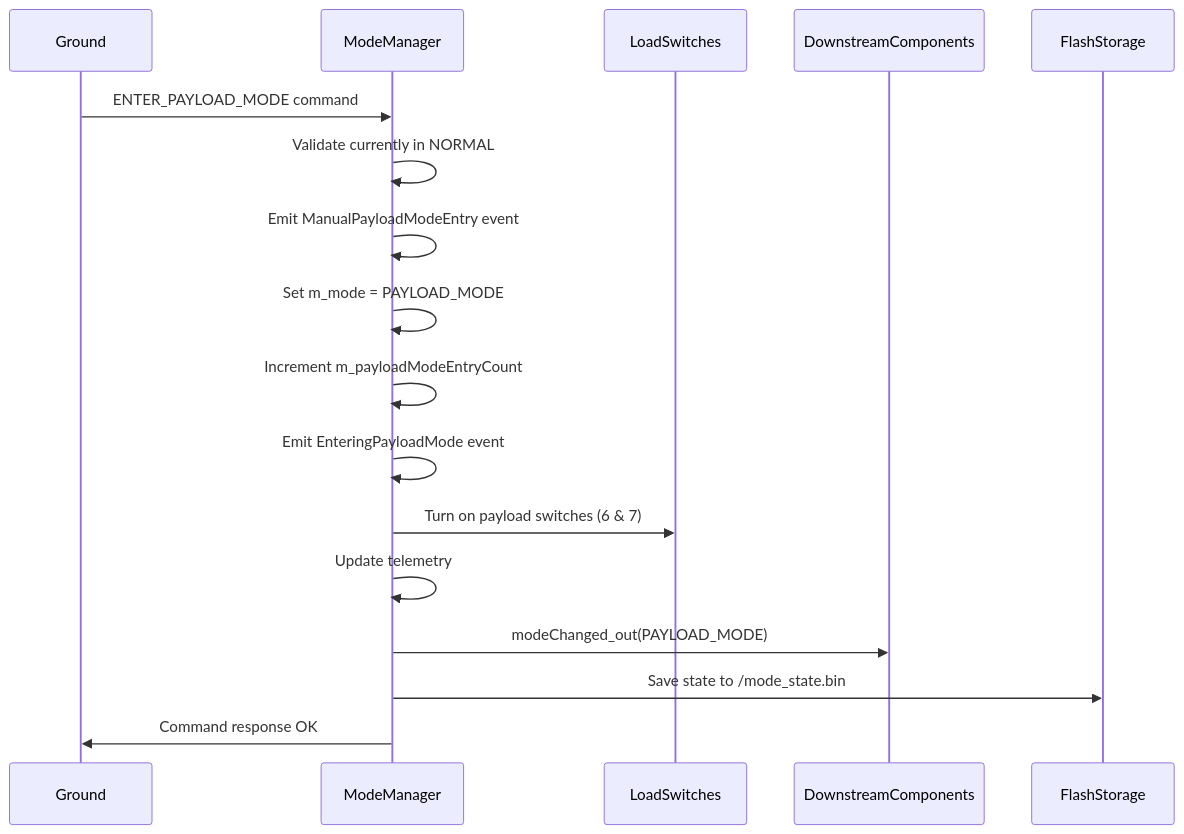
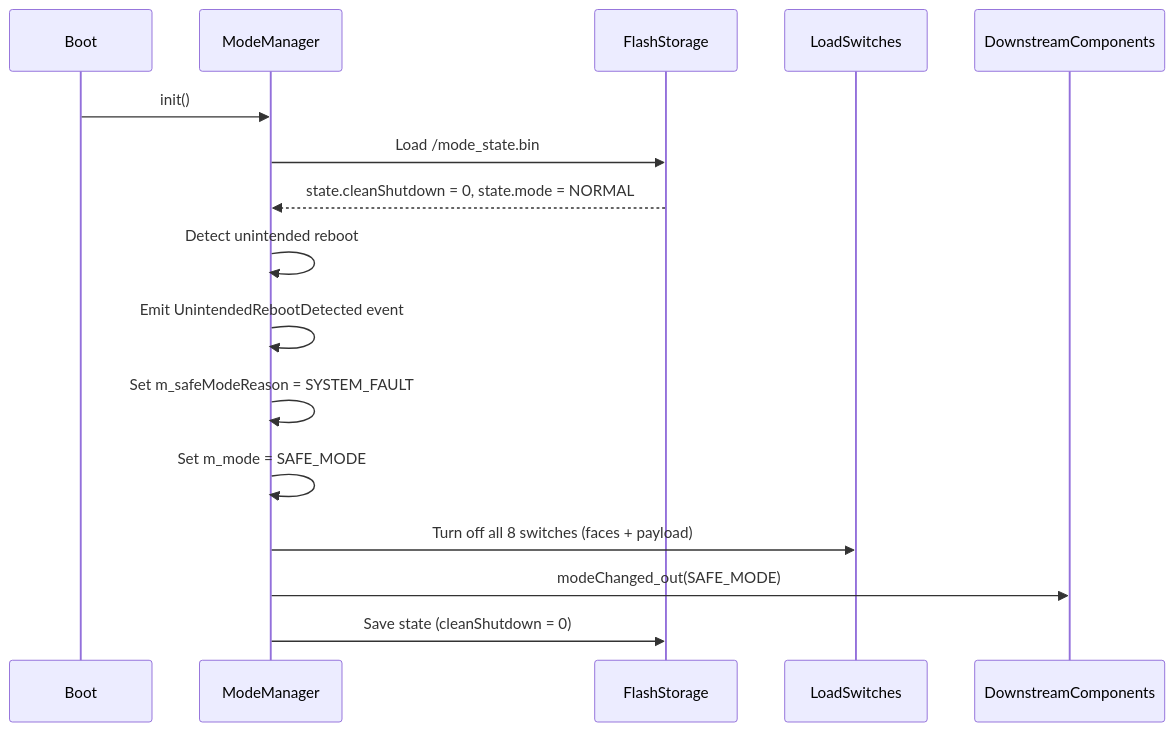
The fifth of 7 diagrams in FprimeZephyrReference/Components/ModeManager/docs/sdd.md (Open-Source-Space-Foundation/proves-core-reference), drawn with Mermaid before and after one commit. The commit also changed other lines of this file and 9 other files, not shown here.

Commit message:
re-implement safe and normal mode auto switch

````diff
--- a/FprimeZephyrReference/Components/ModeManager/docs/sdd.md
+++ b/FprimeZephyrReference/Components/ModeManager/docs/sdd.md
@@ -240,20 +265,19 @@
 ```mermaid
 sequenceDiagram
-    participant Ground
+    participant Boot
     participant ModeManager
+    participant FlashStorage
     participant LoadSwitches
     participant DownstreamComponents
-    participant FlashStorage
 
-    Ground->>ModeManager: ENTER_PAYLOAD_MODE command
-    ModeManager->>ModeManager: Validate currently in NORMAL
-    ModeManager->>ModeManager: Emit ManualPayloadModeEntry event
-    ModeManager->>ModeManager: Set m_mode = PAYLOAD_MODE
-    ModeManager->>ModeManager: Increment m_payloadModeEntryCount
-    ModeManager->>ModeManager: Emit EnteringPayloadMode event
-    ModeManager->>LoadSwitches: Turn on payload switches (6 & 7)
-    ModeManager->>ModeManager: Update telemetry
-    ModeManager->>DownstreamComponents: modeChanged_out(PAYLOAD_MODE)
-    ModeManager->>FlashStorage: Save state to /mode_state.bin
-    ModeManager->>Ground: Command response OK
+    Boot->>ModeManager: init()
+    ModeManager->>FlashStorage: Load /mode_state.bin
+    FlashStorage-->>ModeManager: state.cleanShutdown = 0, state.mode = NORMAL
+    ModeManager->>ModeManager: Detect unintended reboot
+    ModeManager->>ModeManager: Emit UnintendedRebootDetected event
+    ModeManager->>ModeManager: Set m_safeModeReason = SYSTEM_FAULT
+    ModeManager->>ModeManager: Set m_mode = SAFE_MODE
+    ModeManager->>LoadSwitches: Turn off all 8 switches (faces + payload)
+    ModeManager->>DownstreamComponents: modeChanged_out(SAFE_MODE)
+    ModeManager->>FlashStorage: Save state (cleanShutdown = 0)
 ```
````
